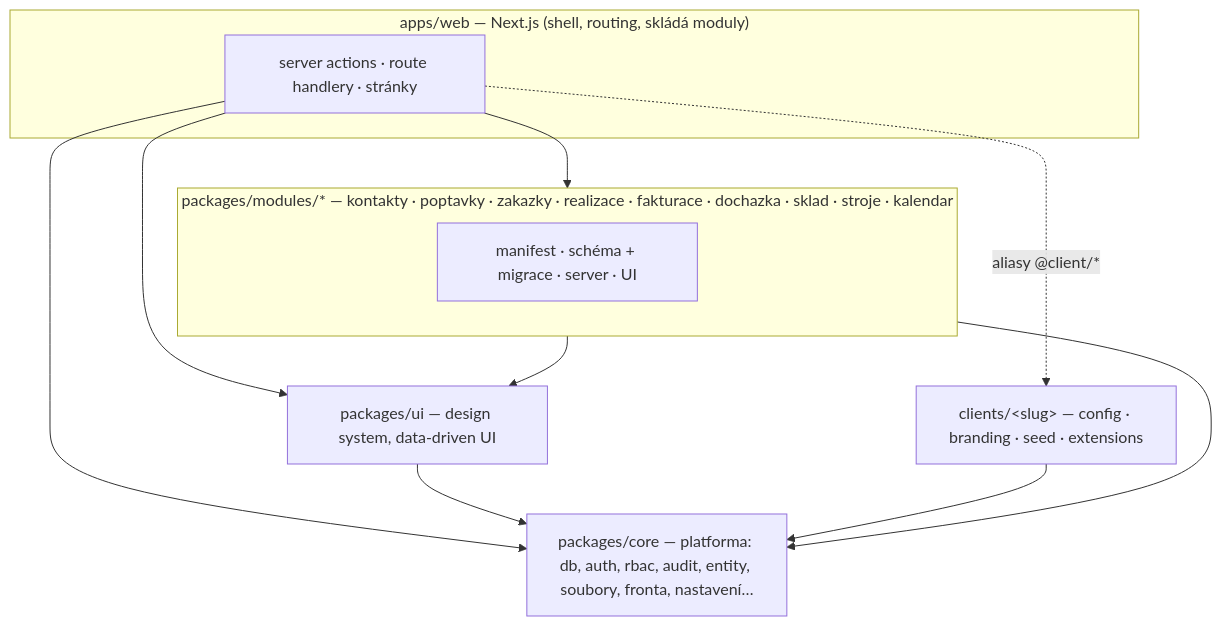
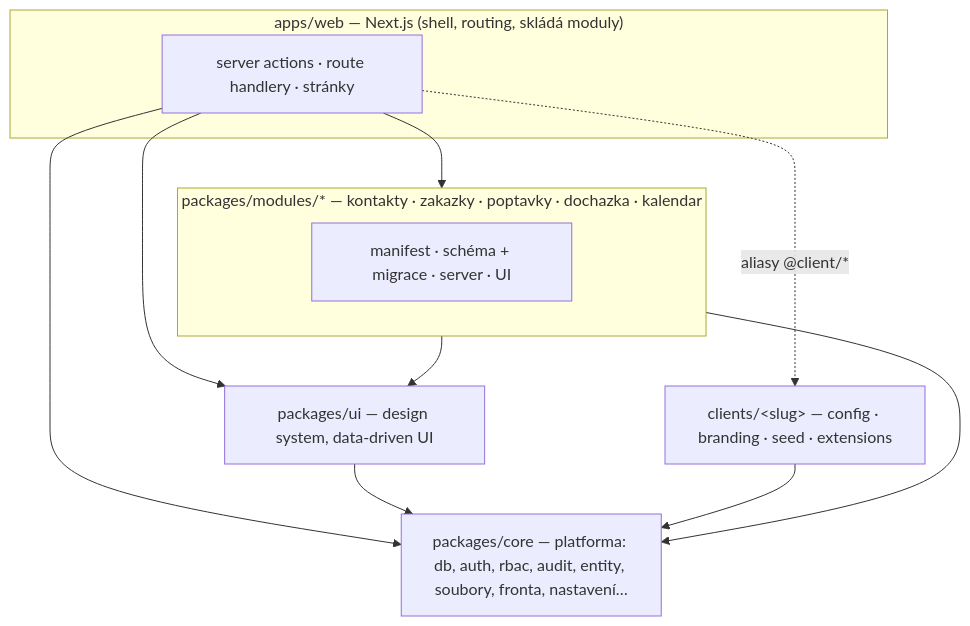
Before and after one commit to ondrejis/interni-system-opdigital: the first of 4 diagrams in docs/ARCHITECTURE.md, drawn with Mermaid. The commit also changed other lines of this file and 699 other files, not shown here.

Commit message:
refactor: odstranění stavebních modulů (stroje, sklad, realizace, fakturace, terminál), klient opsys, zestručněné zakázky

````diff
--- a/docs/ARCHITECTURE.md
+++ b/docs/ARCHITECTURE.md
@@ -18,20 +18,20 @@
 ```mermaid
 flowchart TB
   subgraph app["apps/web — Next.js (shell, routing, skládá moduly)"]
     web["server actions · route handlery · stránky"]
   end
-  subgraph mods["packages/modules/* — kontakty · poptavky · zakazky · realizace · fakturace · dochazka · sklad · stroje · kalendar"]
+  subgraph mods["packages/modules/* — kontakty · zakazky · poptavky · dochazka · kalendar"]
     m["manifest · schéma + migrace · server · UI"]
   end
   ui["packages/ui — design system, data-driven UI"]
   core["packages/core — platforma: db, auth, rbac, audit, entity, soubory, fronta, nastavení…"]
   cl["clients/&lt;slug&gt; — config · branding · seed · extensions"]
   web --> mods
   web --> ui
   web --> core
   web -. "aliasy @client/*" .-> cl
   mods --> ui
   mods --> core
   ui --> core
   cl --> core
 ```
````
